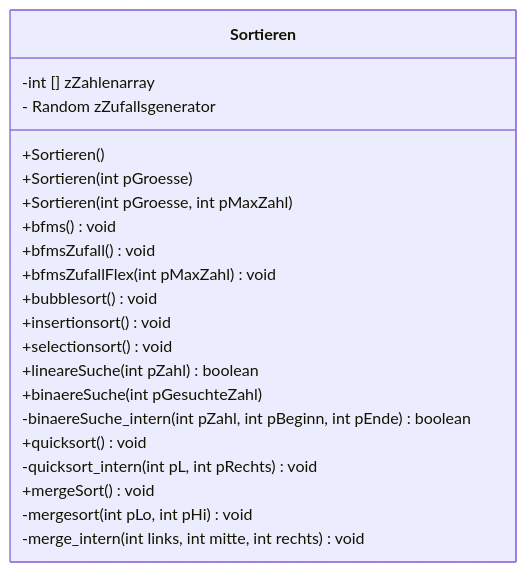
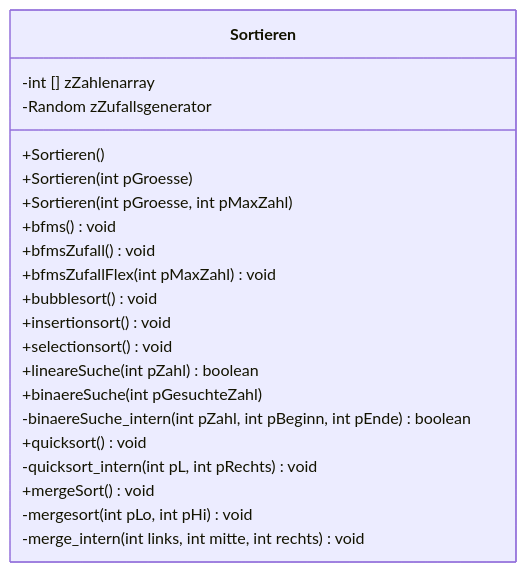
One commit to rueckertgym/help changed the second of 2 diagrams in book/SuchenUndSortieren/Sortieren.md. Above: the diagram before and after it, drawn with Mermaid. The commit also changed other lines of this file, not shown here.

````diff
--- a/book/SuchenUndSortieren/Sortieren.md
+++ b/book/SuchenUndSortieren/Sortieren.md
@@ -10,25 +38,25 @@
 ```mermaid
 classDiagram
     
     class Sortieren {
       -int [] zZahlenarray
-      - Random zZufallsgenerator
+      -Random zZufallsgenerator
       +Sortieren()
       +Sortieren(int pGroesse)
       +Sortieren(int pGroesse, int pMaxZahl)
       +bfms() void
       +bfmsZufall() void
       +bfmsZufallFlex(int pMaxZahl) void
       +bubblesort() void
       +insertionsort() void
       +selectionsort() void
       +lineareSuche(int pZahl) boolean
       +binaereSuche(int pGesuchteZahl)
       -binaereSuche_intern(int pZahl, int pBeginn, int pEnde) boolean
       +quicksort() void
       -quicksort_intern(int pL, int pRechts) void
       +mergeSort() void
       -mergesort(int pLo, int pHi) void
       -merge_intern(int links, int mitte, int rechts) void
     }
 ```
````
